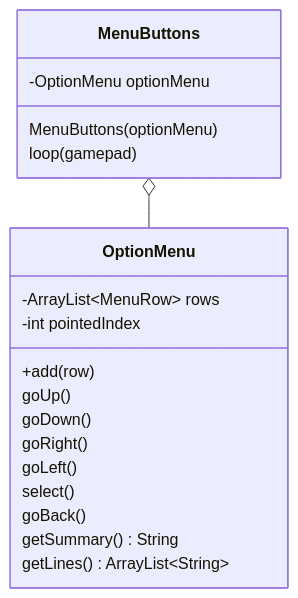
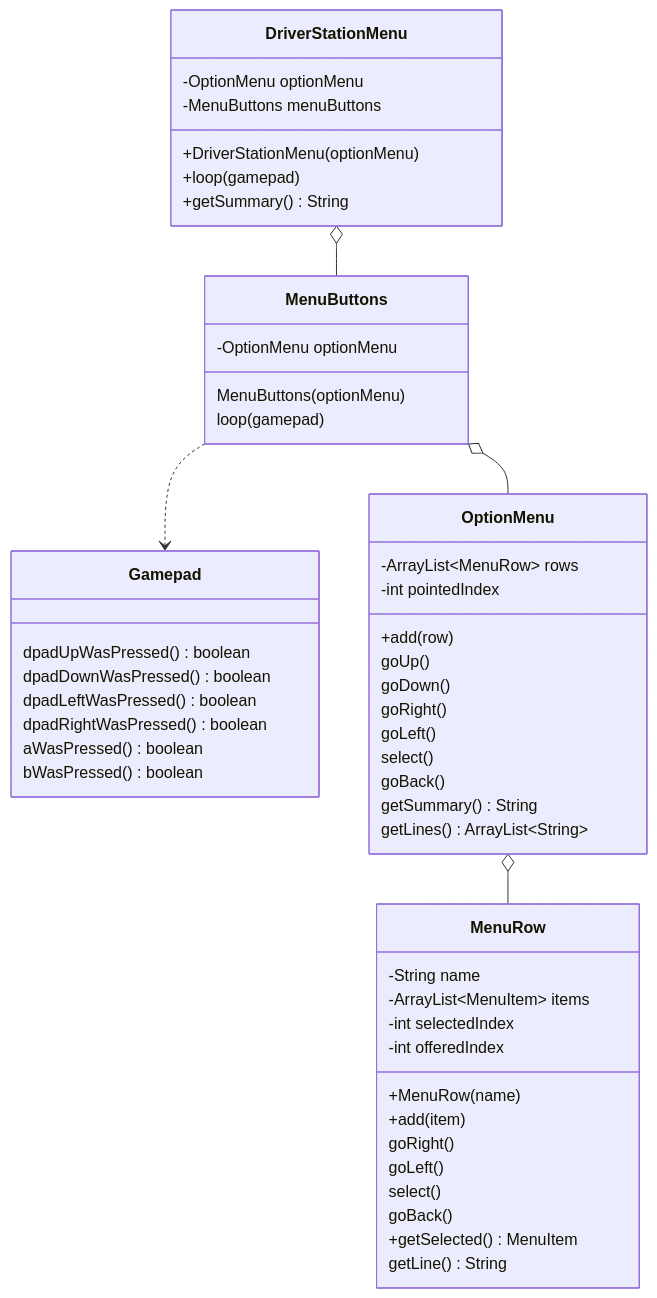
One commit to msb-stitt/ftc31459-26-27-biobuzz changed the diagram in book/tools/mermaid/fig-l135-buttons.mmd. Above: the diagram before and after it, drawn with Mermaid. The commit also changed 4 other files, not shown here.

Commit message:
MenuButtons' class diagram shows each class its sequence diagrams show, Gamepad with only the methods called, used by a dashed arrow with an open head; media pinned at bbc0736.

```diff
--- a/book/tools/mermaid/fig-l135-buttons.mmd
+++ b/book/tools/mermaid/fig-l135-buttons.mmd
@@ -1,20 +1,52 @@
 classDiagram
+    class DriverStationMenu {
+        -OptionMenu optionMenu
+        -MenuButtons menuButtons
+        +DriverStationMenu(optionMenu)
+        +loop(gamepad)
+        +getSummary() String
+    }
     class MenuButtons {
         -OptionMenu optionMenu
         MenuButtons(optionMenu)
         loop(gamepad)
+    }
+    class Gamepad {
+        dpadUpWasPressed() boolean
+        dpadDownWasPressed() boolean
+        dpadLeftWasPressed() boolean
+        dpadRightWasPressed() boolean
+        aWasPressed() boolean
+        bWasPressed() boolean
     }
     class OptionMenu {
         -ArrayList~MenuRow~ rows
         -int pointedIndex
         +add(row)
         goUp()
         goDown()
         goRight()
         goLeft()
         select()
         goBack()
         getSummary() String
         getLines() ArrayList~String~
     }
+    class MenuRow {
+        -String name
+        -ArrayList~MenuItem~ items
+        -int selectedIndex
+        -int offeredIndex
+        +MenuRow(name)
+        +add(item)
+        goRight()
+        goLeft()
+        select()
+        goBack()
+        +getSelected() MenuItem
+        getLine() String
+    }
+    DriverStationMenu o-- MenuButtons
+    MenuButtons ..> Gamepad
     MenuButtons o-- OptionMenu
+    OptionMenu o-- MenuRow
```
